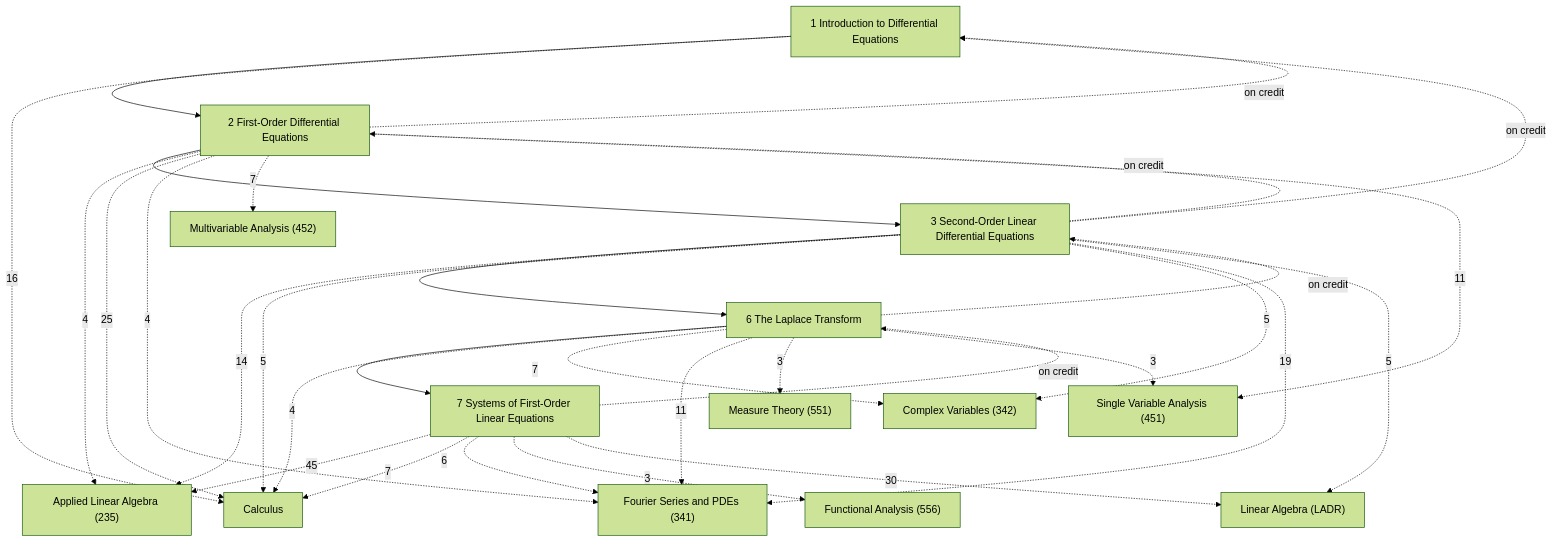
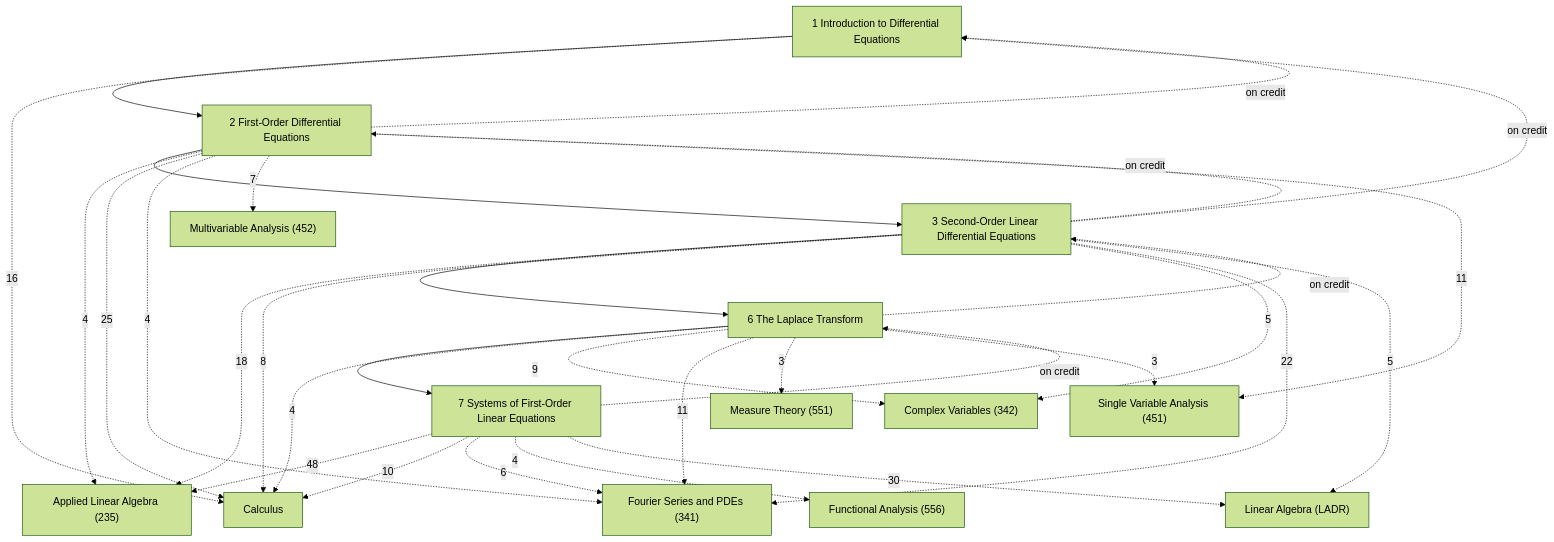
The diagram in Applied Math/Ordinary Differential Equations/Ordinary Differential Equations.md (Onion20040508/notes), drawn with Mermaid (forest theme) before and after one commit. The commit also changed other lines of this file and 366 other files, not shown here.

````diff
--- a/Applied Math/Ordinary Differential Equations/Ordinary Differential Equations.md
+++ b/Applied Math/Ordinary Differential Equations/Ordinary Differential Equations.md
@@ -20,47 +20,47 @@
 ```mermaid
 graph TD
   C1["1 Introduction to Differential Equations"]
   C2["2 First-Order Differential Equations"]
   C3["3 Second-Order Linear Differential Equations"]
   C6["6 The Laplace Transform"]
   C7["7 Systems of First-Order Linear Equations"]
   X1["Single Variable Analysis (451)"]
   X2["Multivariable Analysis (452)"]
   X3["Linear Algebra (LADR)"]
   X4["Applied Linear Algebra (235)"]
   X5["Calculus"]
   X6["Measure Theory (551)"]
   X7["Functional Analysis (556)"]
   X9["Fourier Series and PDEs (341)"]
   X10["Complex Variables (342)"]
   C1 --> C2
   C2 --> C3
   C3 --> C6
   C6 --> C7
   C2 -.->|on credit| C1
   C3 -.->|on credit| C1
   C3 -.->|on credit| C2
   C6 -.->|on credit| C3
   C7 -.->|on credit| C6
   C1 -.->|16| X5
   C2 -.->|4| X4
   C2 -.->|25| X5
   C2 -.->|4| X9
   C2 -.->|7| X2
   C2 -.->|11| X1
-  C3 -.->|14| X4
-  C3 -.->|5| X5
+  C3 -.->|18| X4
+  C3 -.->|8| X5
   C3 -.->|5| X10
-  C3 -.->|19| X9
+  C3 -.->|22| X9
   C3 -.->|5| X3
   C6 -.->|4| X5
-  C6 -.->|7| X10
+  C6 -.->|9| X10
   C6 -.->|11| X9
   C6 -.->|3| X6
   C6 -.->|3| X1
-  C7 -.->|45| X4
-  C7 -.->|7| X5
+  C7 -.->|48| X4
+  C7 -.->|10| X5
   C7 -.->|6| X9
-  C7 -.->|3| X7
+  C7 -.->|4| X7
   C7 -.->|30| X3
 ```
````
